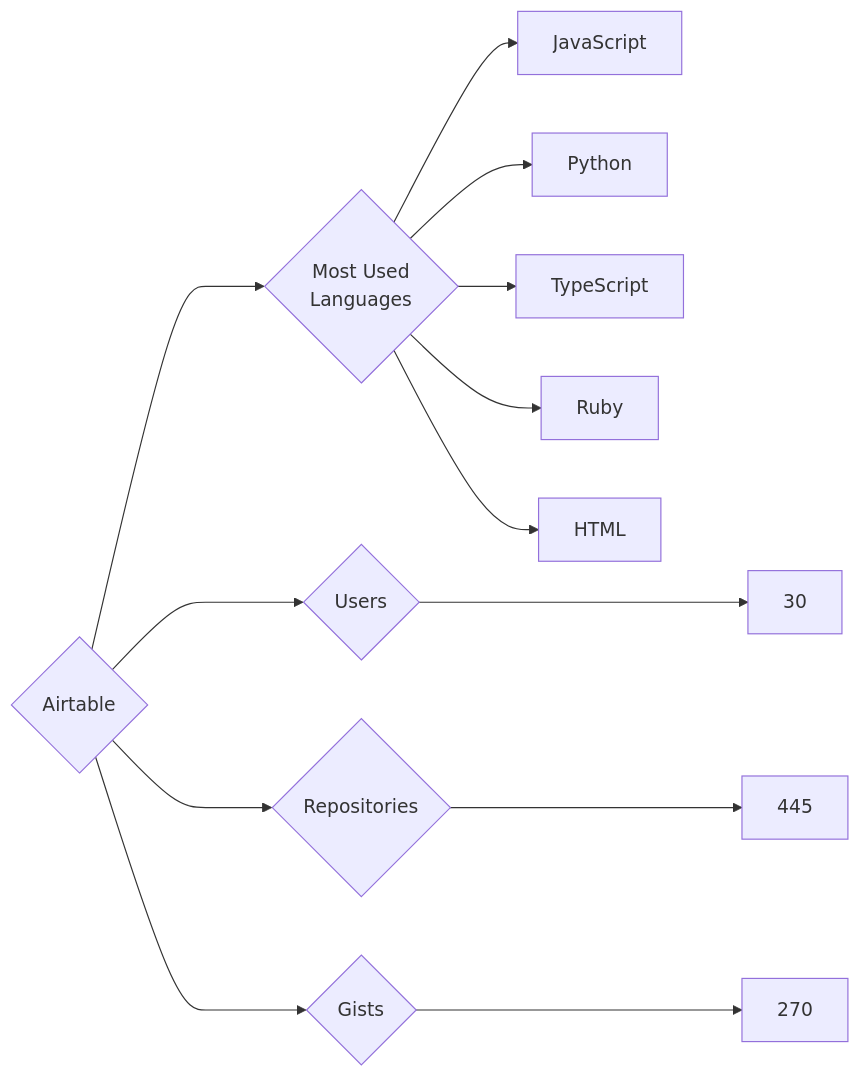
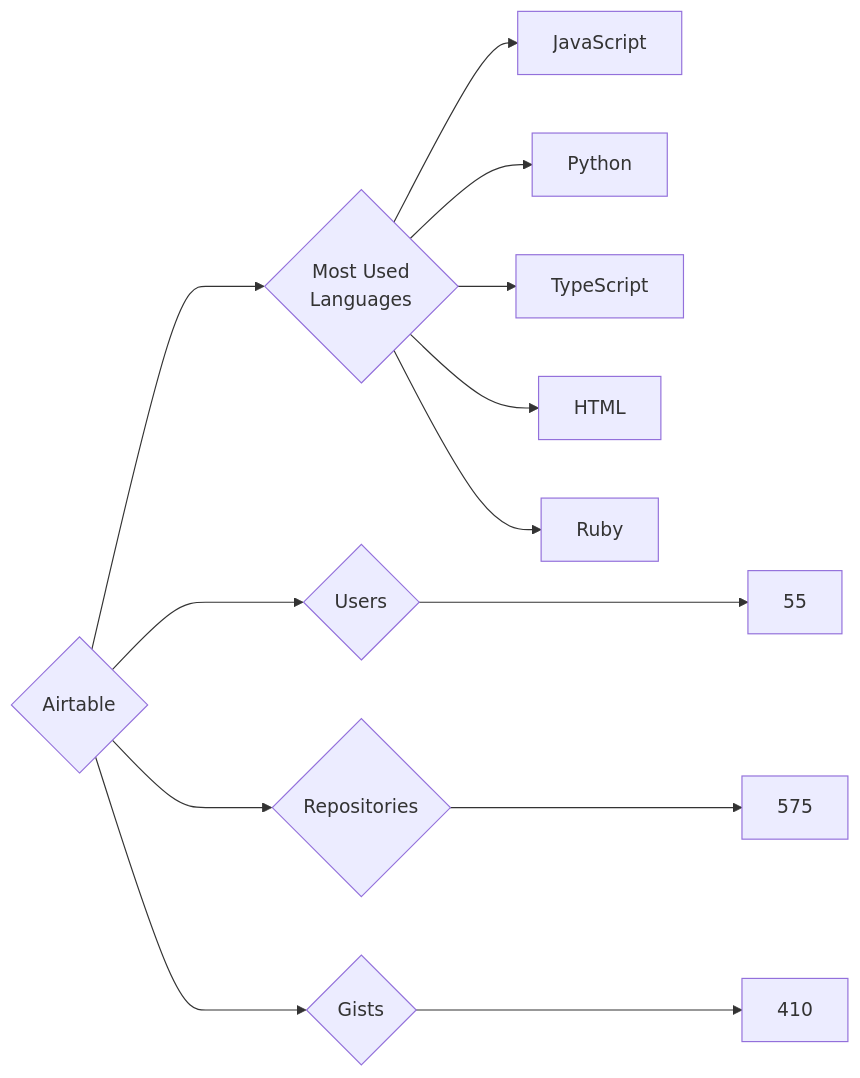
Before and after one commit to trickest/insiders: the diagram in targets/Airtable/README.md, drawn with Mermaid. The commit also changed 736 other files, not shown here.

````diff
--- a/targets/Airtable/README.md
+++ b/targets/Airtable/README.md
@@ -3,13 +3,13 @@
 ```mermaid
 graph LR
 COMPANY_NAME{Airtable}
-COMPANY_NAME ---> U{Users} ---> UN[30]
-COMPANY_NAME ---> R{Repositories} ---> RN[445]
-COMPANY_NAME ---> G{Gists} ---> GN[270]
+COMPANY_NAME ---> U{Users} ---> UN[55]
+COMPANY_NAME ---> R{Repositories} ---> RN[575]
+COMPANY_NAME ---> G{Gists} ---> GN[410]
 COMPANY_NAME ---> ML{Most Used<br>Languages}
 ML --> JavaScript[JavaScript]
 ML --> Python[Python]
 ML --> TypeScript[TypeScript]
+ML --> HTML[HTML]
 ML --> Ruby[Ruby]
-ML --> HTML[HTML]
 ```
````
